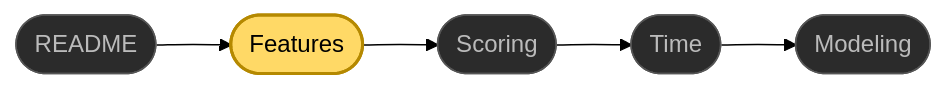
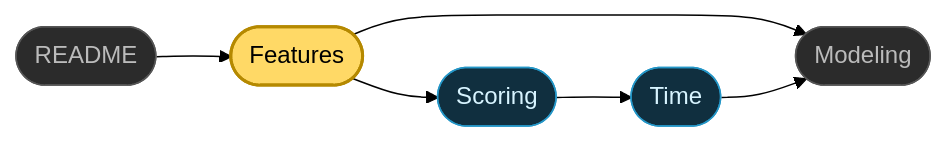
The diagram in docs/features.md (jmaroszek/Skill-Tree), drawn with Mermaid (forest theme) before and after one commit. The commit also changed other lines of this file and 4 other files, not shown here.

````diff
--- a/docs/features.md
+++ b/docs/features.md
@@ -807,8 +809,15 @@
 ```mermaid
 flowchart LR
-    R(["README"]) --> F(["Features"]) --> S(["Scoring"]) --> T(["Time"]) --> M(["Modeling"])
+    R(["README"]) --> F(["Features"])
+    F --> M(["Modeling"])
+    F --> S(["Scoring"])
+    S --> T(["Time"])
+    T --> M
+
     classDef current fill:#ffd966,stroke:#b58900,stroke-width:2px,color:#000;
     classDef other fill:#2b2b2b,stroke:#555,color:#bbb;
+    classDef technical fill:#102f3f,stroke:#2496c7,color:#d7f4ff;
     class F current
-    class R,S,T,M other
+    class R,M other
+    class S,T technical
 ```
````
